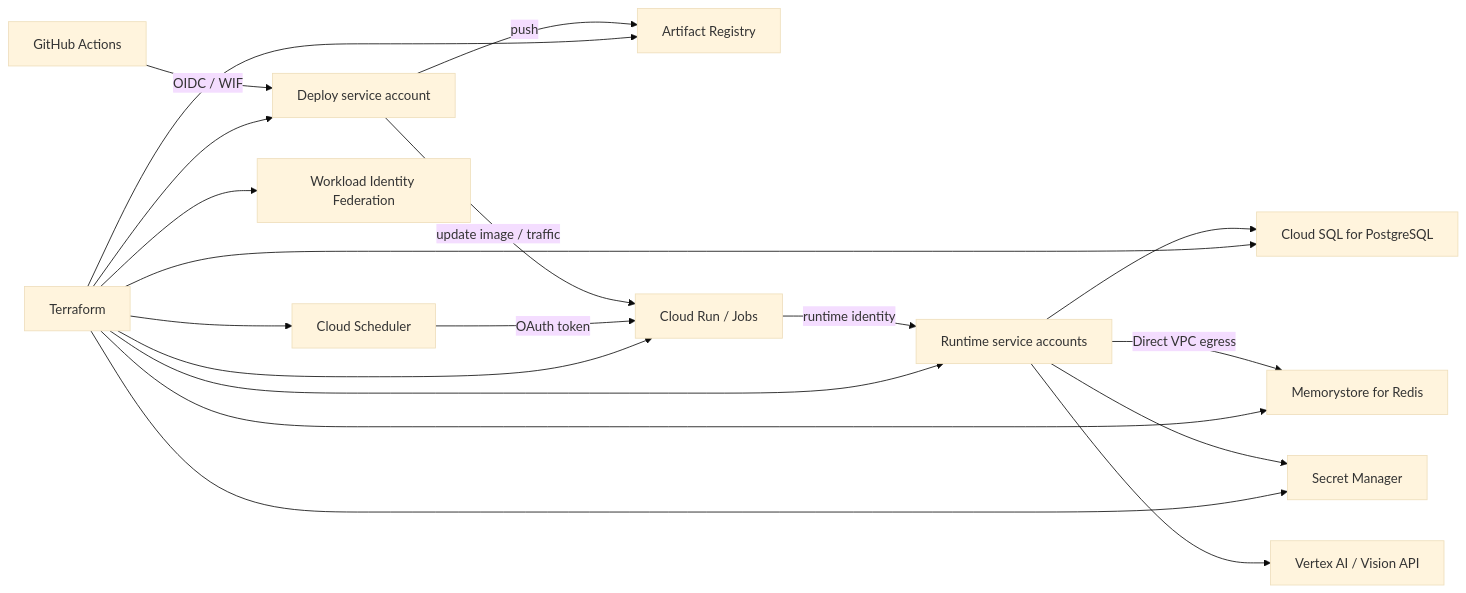
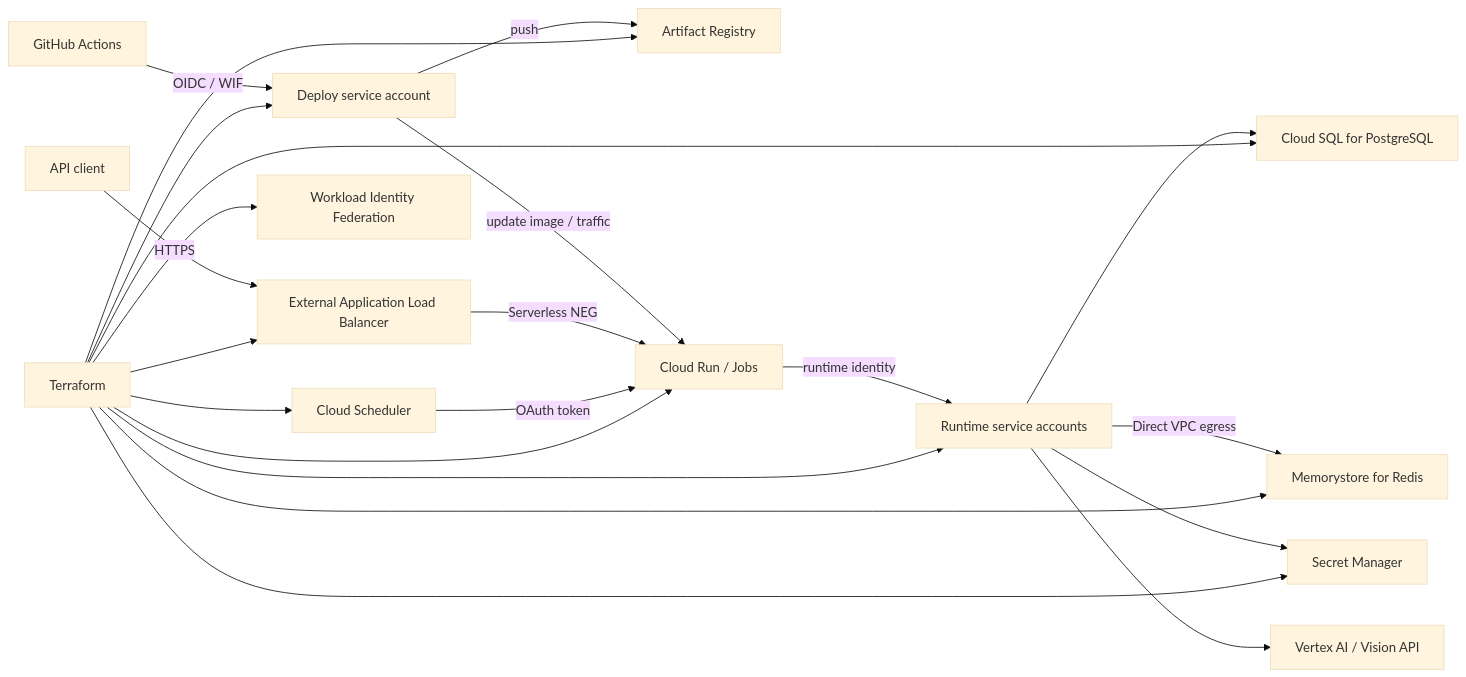
The diagram in README.md (UCHIDAnobuhiro/stock-infra), drawn with Mermaid (base theme) before and after one commit. The commit also changed other lines of this file and 10 other files, not shown here.

````diff
--- a/README.md
+++ b/README.md
@@ -18,21 +18,24 @@
 ```mermaid
 flowchart LR
     GH["GitHub Actions"] -->|"OIDC / WIF"| DEPLOYER["Deploy service account"]
     DEPLOYER -->|"push"| AR["Artifact Registry"]
     DEPLOYER -->|"update image / traffic"| RUN["Cloud Run / Jobs"]
+    CLIENT["API client"] -->|"HTTPS"| LB["External Application Load Balancer"]
+    LB -->|"Serverless NEG"| RUN
     RUN -->|"runtime identity"| RUNTIME["Runtime service accounts"]
     RUNTIME --> SQL["Cloud SQL for PostgreSQL"]
     RUNTIME -->|"Direct VPC egress"| REDIS["Memorystore for Redis"]
     RUNTIME --> SECRETS["Secret Manager"]
     RUNTIME --> AI["Vertex AI / Vision API"]
     SCHED["Cloud Scheduler"] -->|"OAuth token"| RUN
     TF["Terraform"] --> SQL
     TF --> REDIS
     TF --> AR
     TF --> SECRETS
     TF --> RUNTIME
     TF --> DEPLOYER
     TF --> WIF["Workload Identity Federation"]
     TF --> RUN
+    TF --> LB
     TF --> SCHED
 ```
````
